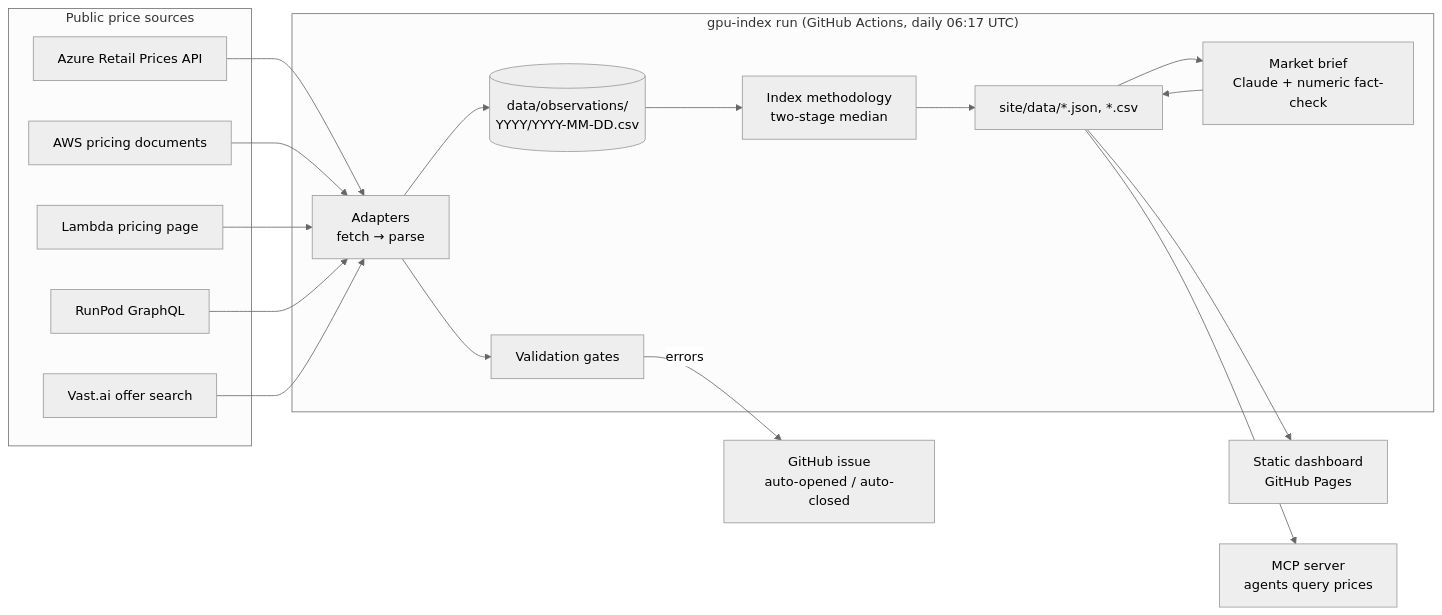
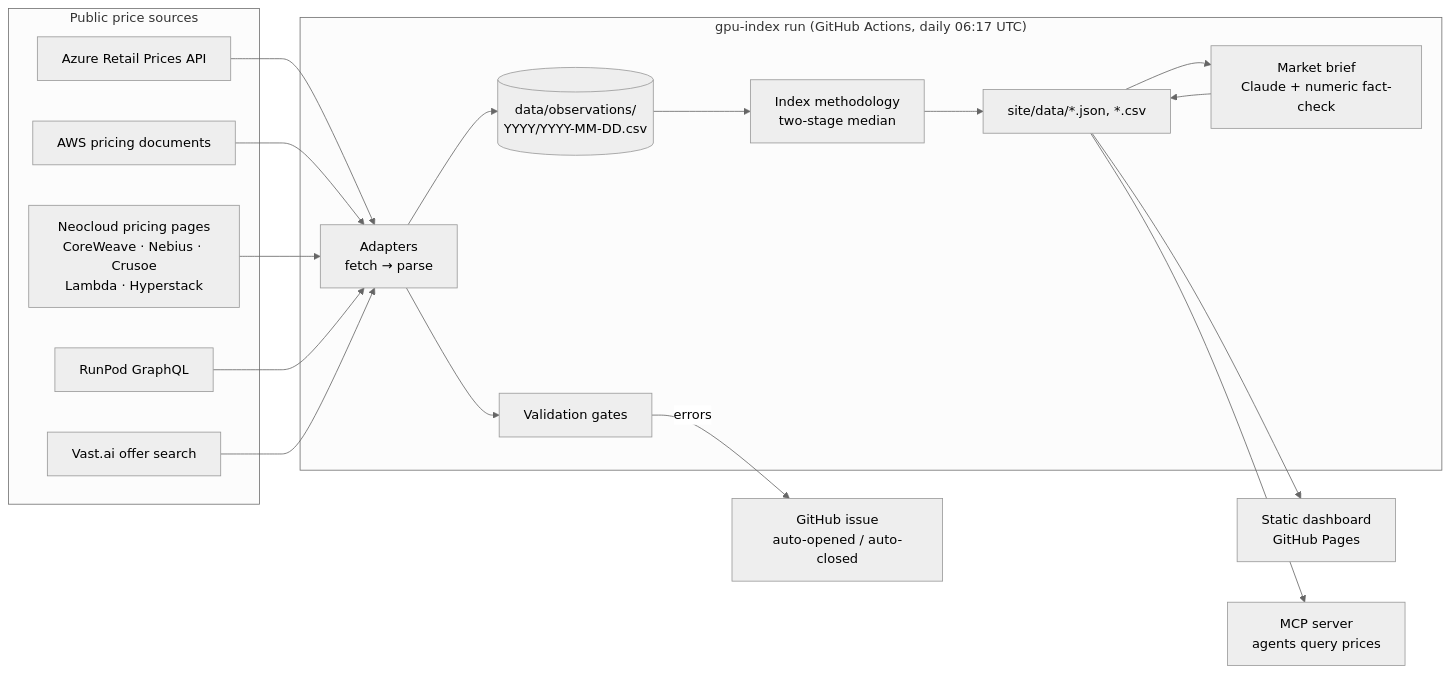
Before and after one commit to ewyluda/gpu-price-index: the diagram in docs/architecture.md, drawn with Mermaid (neutral theme). The commit also changed other lines of this file and 17 other files, not shown here.

First line of the commit message:
Add CoreWeave, Nebius, Crusoe and Hyperstack; matched-provider changes

````diff
--- a/docs/architecture.md
+++ b/docs/architecture.md
@@ -3,28 +3,28 @@
 ```mermaid
 flowchart LR
     subgraph Sources["Public price sources"]
         AZ[Azure Retail Prices API]
         AWS[AWS pricing documents]
-        LAM[Lambda pricing page]
+        NEO["Neocloud pricing pages<br/>CoreWeave · Nebius · Crusoe<br/>Lambda · Hyperstack"]
         RP[RunPod GraphQL]
         VA[Vast.ai offer search]
     end
 
     subgraph Pipeline["gpu-index run (GitHub Actions, daily 06:17 UTC)"]
         AD["Adapters<br/>fetch → parse"]
         VAL["Validation gates"]
         ST[("data/observations/<br/>YYYY/YYYY-MM-DD.csv")]
         IDX["Index methodology<br/>two-stage median"]
         PUB["site/data/*.json, *.csv"]
         BR["Market brief<br/>Claude + numeric fact-check"]
     end
 
-    AZ & AWS & LAM & RP & VA --> AD --> ST
+    AZ & AWS & NEO & RP & VA --> AD --> ST
     AD --> VAL
     ST --> IDX --> PUB
     PUB --> BR --> PUB
 
     PUB --> SITE["Static dashboard<br/>GitHub Pages"]
     PUB --> MCP["MCP server<br/>agents query prices"]
     VAL -- "errors" --> ISSUE["GitHub issue<br/>auto-opened / auto-closed"]
 ```
````
